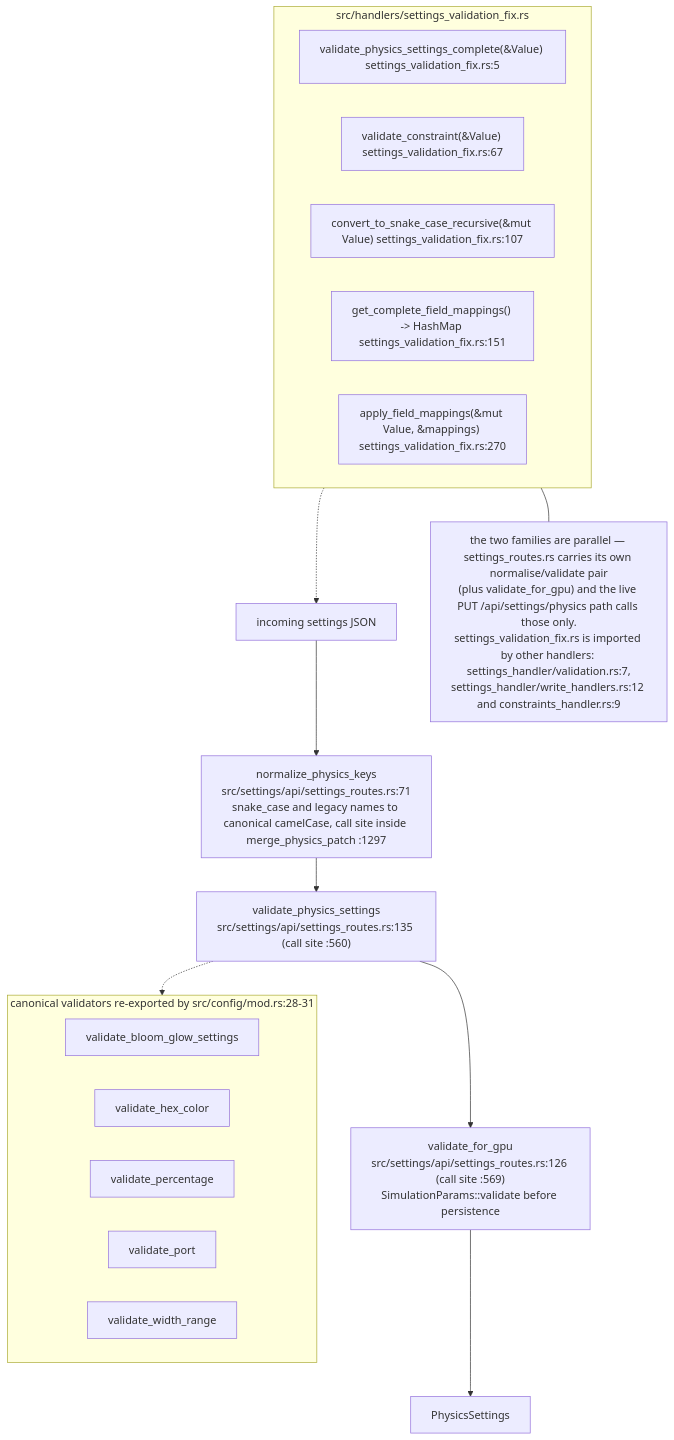
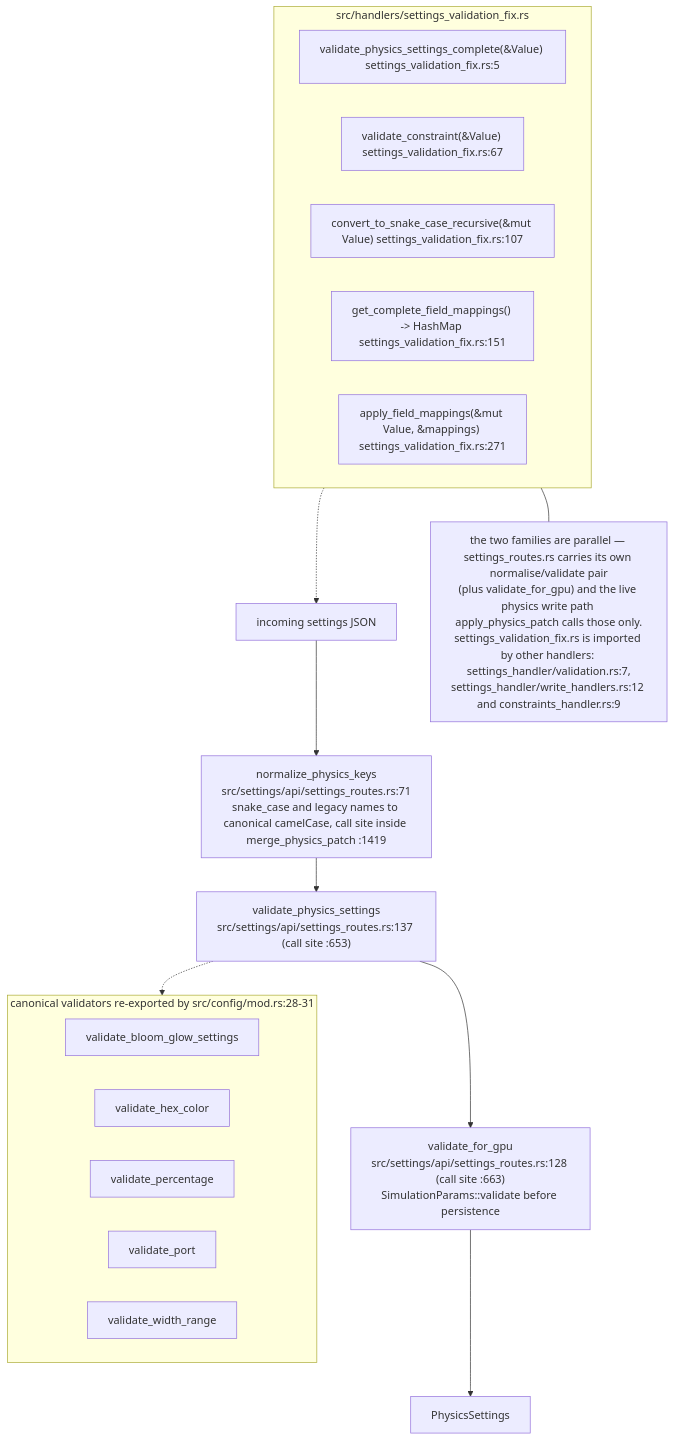
Before and after one commit to DreamLab-AI/VisionFlow: the seventh of 8 diagrams in docs/diagrams/visionclaw/06-settings-round-trip.md, drawn with Mermaid. The commit also changed other lines of this file and 173 other files, not shown here.

````diff
--- a/docs/diagrams/visionclaw/06-settings-round-trip.md
+++ b/docs/diagrams/visionclaw/06-settings-round-trip.md
@@ -247,26 +266,26 @@
 ```mermaid
 flowchart TB
     IN["incoming settings JSON"]
-    IN --> N1["normalize_physics_keys<br/>src/settings/api/settings_routes.rs:71<br/>snake_case and legacy names to canonical camelCase, call site inside merge_physics_patch :1297"]
-    N1 --> V1["validate_physics_settings<br/>src/settings/api/settings_routes.rs:135 (call site :560)"]
-    V1 --> G1["validate_for_gpu<br/>src/settings/api/settings_routes.rs:126 (call site :569)<br/>SimulationParams::validate before persistence"]
+    IN --> N1["normalize_physics_keys<br/>src/settings/api/settings_routes.rs:71<br/>snake_case and legacy names to canonical camelCase, call site inside merge_physics_patch :1419"]
+    N1 --> V1["validate_physics_settings<br/>src/settings/api/settings_routes.rs:137 (call site :653)"]
+    V1 --> G1["validate_for_gpu<br/>src/settings/api/settings_routes.rs:128 (call site :663)<br/>SimulationParams::validate before persistence"]
     G1 --> OUT["PhysicsSettings"]
     subgraph FIX["src/handlers/settings_validation_fix.rs"]
         F1["validate_physics_settings_complete(&Value) settings_validation_fix.rs:5"]
         F2["validate_constraint(&Value) settings_validation_fix.rs:67"]
         F3["convert_to_snake_case_recursive(&mut Value) settings_validation_fix.rs:107"]
         F4["get_complete_field_mappings() -> HashMap settings_validation_fix.rs:151"]
-        F5["apply_field_mappings(&mut Value, &mappings) settings_validation_fix.rs:270"]
+        F5["apply_field_mappings(&mut Value, &mappings) settings_validation_fix.rs:271"]
     end
     subgraph DOM["canonical validators re-exported by src/config/mod.rs:28-31"]
         D1["validate_bloom_glow_settings"]
         D2["validate_hex_color"]
         D3["validate_percentage"]
         D4["validate_port"]
         D5["validate_width_range"]
     end
     V1 -.-> DOM
     FIX -.-> IN
-    NOTE["the two families are parallel — settings_routes.rs carries its own normalise/validate pair<br/>(plus validate_for_gpu) and the live PUT /api/settings/physics path calls those only.<br/>settings_validation_fix.rs is imported by other handlers: settings_handler/validation.rs:7,<br/>settings_handler/write_handlers.rs:12 and constraints_handler.rs:9"]
+    NOTE["the two families are parallel — settings_routes.rs carries its own normalise/validate pair<br/>(plus validate_for_gpu) and the live physics write path apply_physics_patch calls those only.<br/>settings_validation_fix.rs is imported by other handlers: settings_handler/validation.rs:7,<br/>settings_handler/write_handlers.rs:12 and constraints_handler.rs:9"]
     FIX --- NOTE
 ```
````
